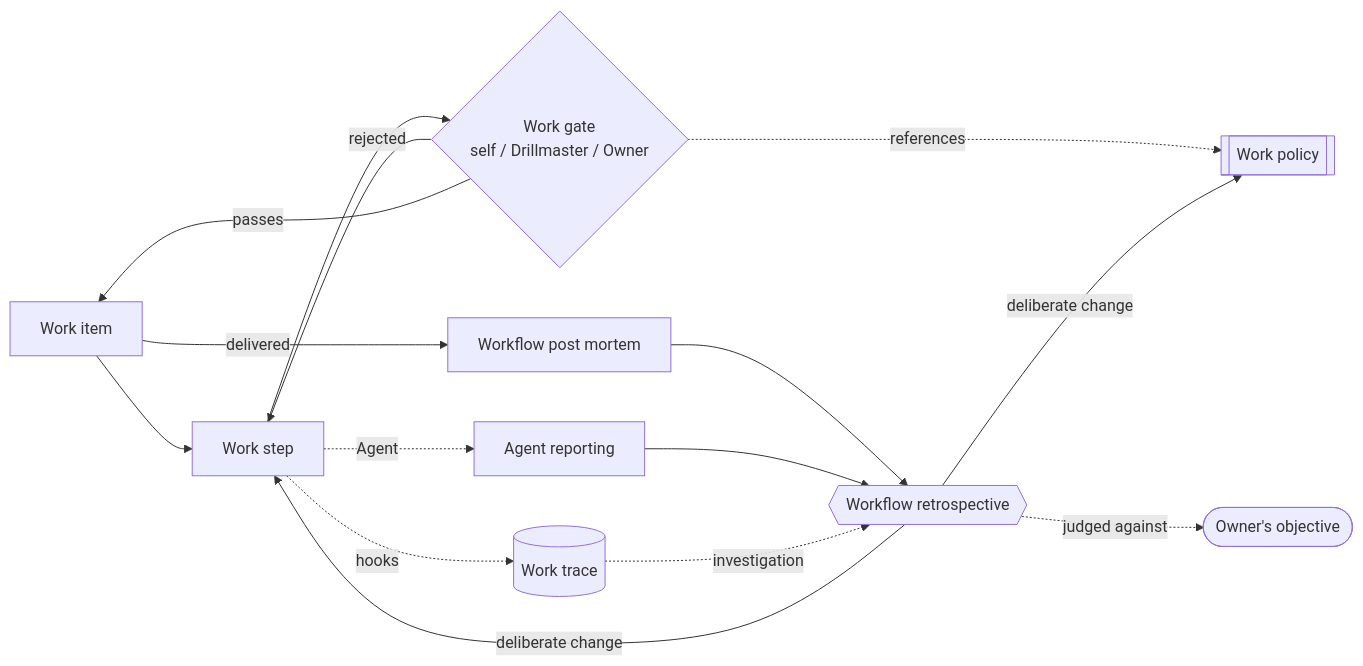
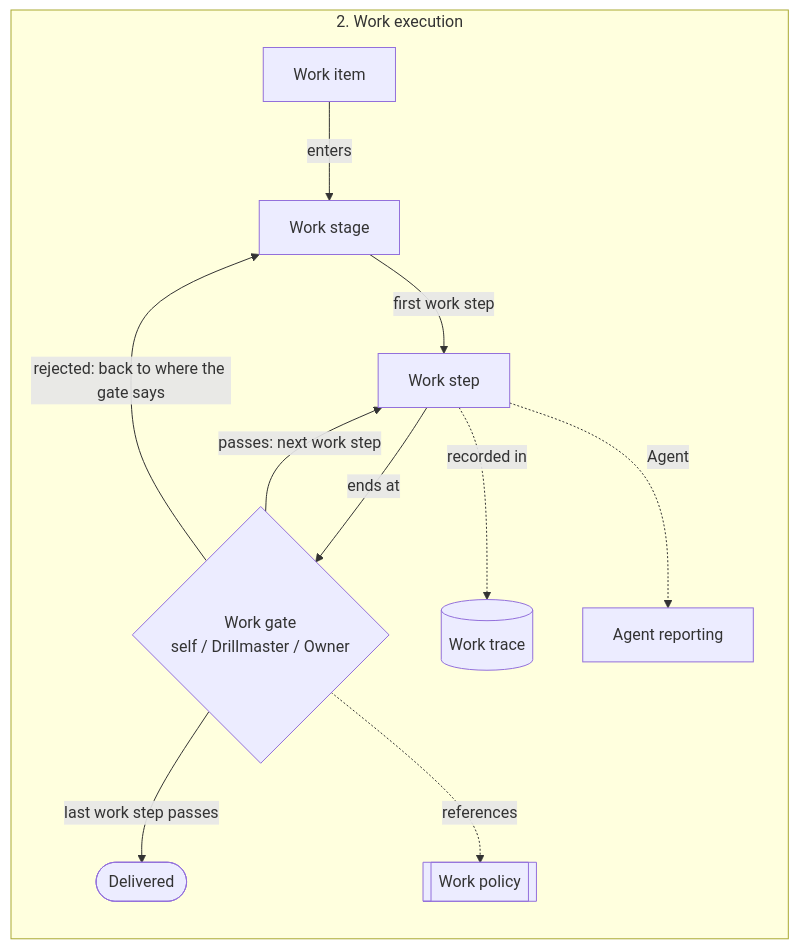
Before and after one commit to Delkrak/claude-devops-drillmaster: the second of 3 diagrams in concept.md, drawn with Mermaid. The commit also changed other lines of this file, not shown here.

Commit message:
docs(concept): workflow as a self-improving collection, concepts grouped by phase, diagrams per phase

````diff
--- a/concept.md
+++ b/concept.md
@@ -170,26 +191,14 @@
 ```mermaid
 flowchart LR
-    obj(["Owner's objective"])
-    item["Work item"]
-    step["Work step"]
-    gate{"Work gate<br/>self / Drillmaster / Owner"}
-    pol[["Work policy"]]
-    trace[("Work trace")]
-    rep["Agent reporting"]
-    pm["Workflow post mortem"]
-    retro{{"Workflow retrospective"}}
-
-    item --> step --> gate
-    gate -->|rejected| step
-    gate -->|passes| item
-    gate -. references .-> pol
-    step -. hooks .-> trace
-    step -. Agent .-> rep
-    item -->|delivered| pm
-    pm --> retro
-    rep --> retro
-    trace -. investigation .-> retro
-    retro -->|deliberate change| step
-    retro -->|deliberate change| pol
-    retro -. judged against .-> obj
+    subgraph exec["2. Work execution"]
+        item["Work item"] -->|enters| stage["Work stage"]
+        stage -->|first work step| step["Work step"]
+        step -->|ends at| gate{"Work gate<br/>self / Drillmaster / Owner"}
+        gate -->|passes: next work step| step
+        gate -->|rejected: back to where the gate says| stage
+        gate -->|last work step passes| done(["Delivered"])
+        gate -. references .-> pol[["Work policy"]]
+        step -. recorded in .-> trace[("Work trace")]
+        step -. Agent .-> rep["Agent reporting"]
+    end
 ```
````
